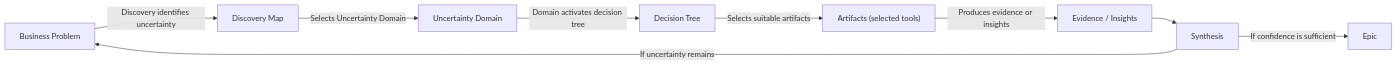
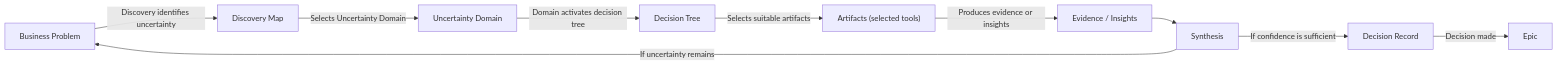
One commit to DevOn90/test-doc-flow changed the first of 8 diagrams in docs/project-governance/product-discovery/discovery-guide.md. Above: the diagram before and after it, drawn with Mermaid. The commit also changed other lines of this file, not shown here.

Commit message:
docs: Update discovery guide to include Product Decision Record section and flow

````diff
--- a/docs/project-governance/product-discovery/discovery-guide.md
+++ b/docs/project-governance/product-discovery/discovery-guide.md
@@ -18,20 +19,22 @@
 ```mermaid
 flowchart LR
    BP[Business Problem]
    A[Discovery Map] 
    B[Uncertainty Domain]
    C[Decision Tree]
    D["Artifacts (selected tools)"]
    E["Evidence / Insights"]
    F[Synthesis]
+   F1[Decision Record]
    G[Epic]
    
    BP -- Discovery identifies uncertainty --> A
    A -- Selects Uncertainty Domain --> B
    B -- Domain activates decision tree --> C
    C -- Selects suitable artifacts --> D
    D -- Produces evidence or insights --> E
    E --> F
-   F -- If confidence is sufficient --> G
+   F -- If confidence is sufficient --> F1
+   F1 -- Decision made --> G
    F -- If uncertainty remains --> BP
 ```
````
